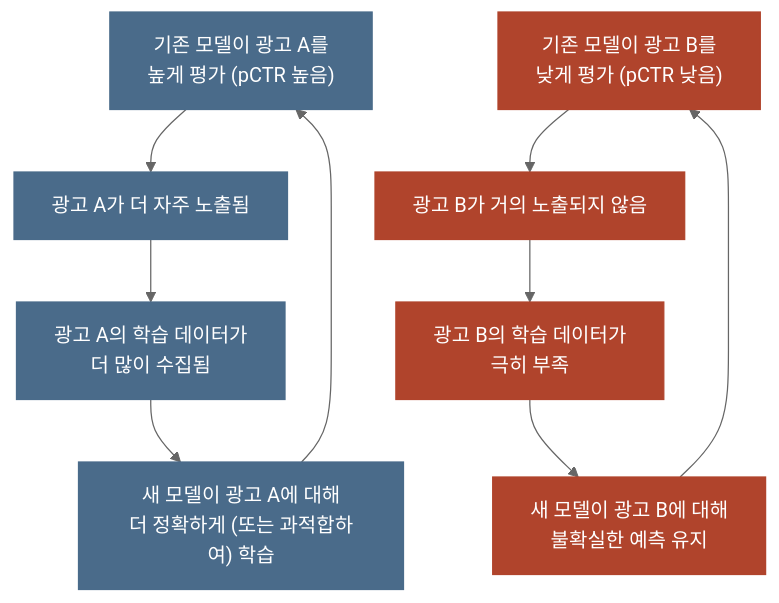
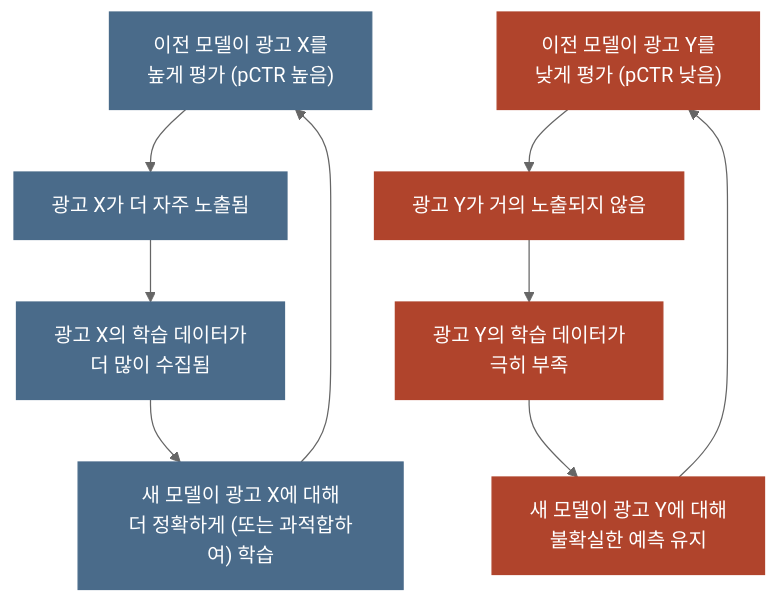
The first of 2 diagrams in posts/negative-sampling-bias.md (chkimsu/adtech-blog), drawn with Mermaid (neutral theme) before and after one commit. The commit also changed other lines of this file, not shown here.

````diff
--- a/posts/negative-sampling-bias.md
+++ b/posts/negative-sampling-bias.md
@@ -69,21 +162,21 @@
 ```mermaid
 graph TD
-    A["기존 모델이 광고 A를<br/>높게 평가 (pCTR 높음)"] --> B["광고 A가 더 자주 노출됨"]
-    B --> C["광고 A의 학습 데이터가<br/>더 많이 수집됨"]
-    C --> D["새 모델이 광고 A에 대해<br/>더 정확하게 (또는 과적합하여) 학습"]
+    A["이전 모델이 광고 X를<br/>높게 평가 (pCTR 높음)"] --> B["광고 X가 더 자주 노출됨"]
+    B --> C["광고 X의 학습 데이터가<br/>더 많이 수집됨"]
+    C --> D["새 모델이 광고 X에 대해<br/>더 정확하게 (또는 과적합하여) 학습"]
     D --> A
 
-    E["기존 모델이 광고 B를<br/>낮게 평가 (pCTR 낮음)"] --> F["광고 B가 거의 노출되지 않음"]
-    F --> G["광고 B의 학습 데이터가<br/>극히 부족"]
-    G --> H["새 모델이 광고 B에 대해<br/>불확실한 예측 유지"]
+    E["이전 모델이 광고 Y를<br/>낮게 평가 (pCTR 낮음)"] --> F["광고 Y가 거의 노출되지 않음"]
+    F --> G["광고 Y의 학습 데이터가<br/>극히 부족"]
+    G --> H["새 모델이 광고 Y에 대해<br/>불확실한 예측 유지"]
     H --> E
 
     style A fill:#4a6b8a,stroke:#4a6b8a,color:#fff
     style B fill:#4a6b8a,stroke:#4a6b8a,color:#fff
     style C fill:#4a6b8a,stroke:#4a6b8a,color:#fff
     style D fill:#4a6b8a,stroke:#4a6b8a,color:#fff
     style E fill:#b0442c,stroke:#b0442c,color:#fff
     style F fill:#b0442c,stroke:#b0442c,color:#fff
     style G fill:#b0442c,stroke:#b0442c,color:#fff
     style H fill:#b0442c,stroke:#b0442c,color:#fff
 ```
````
